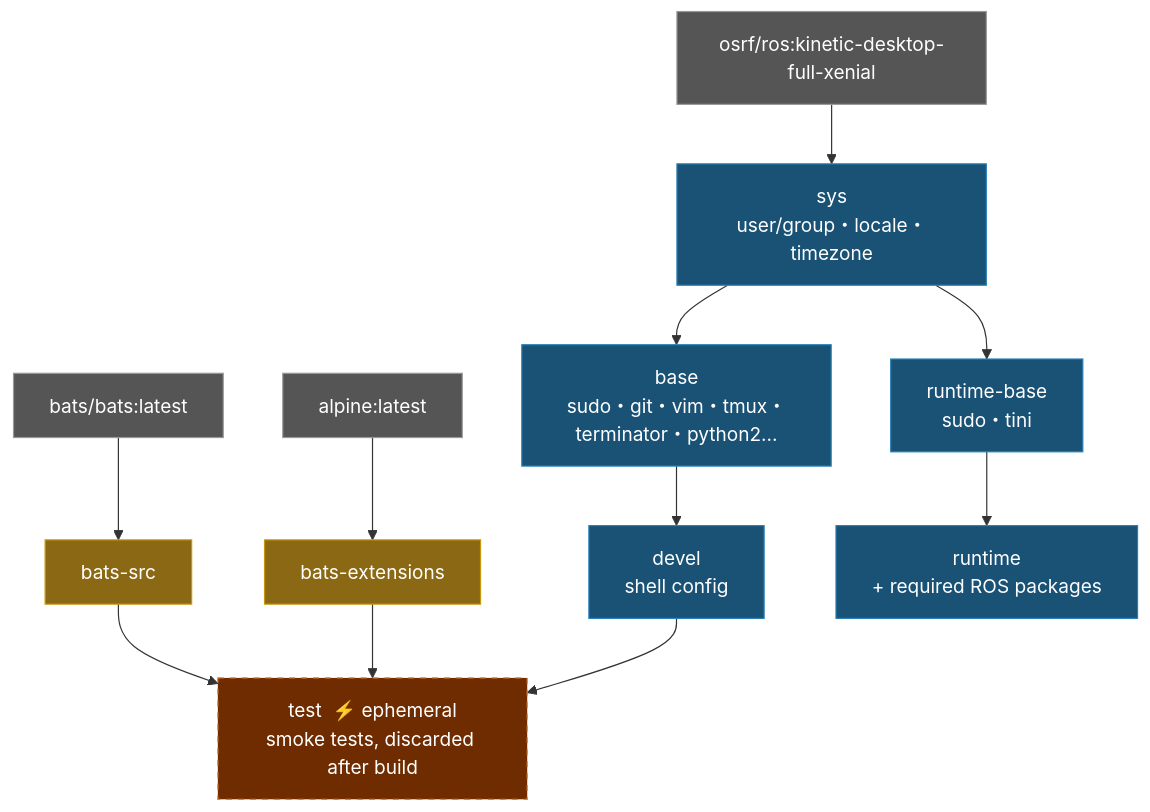
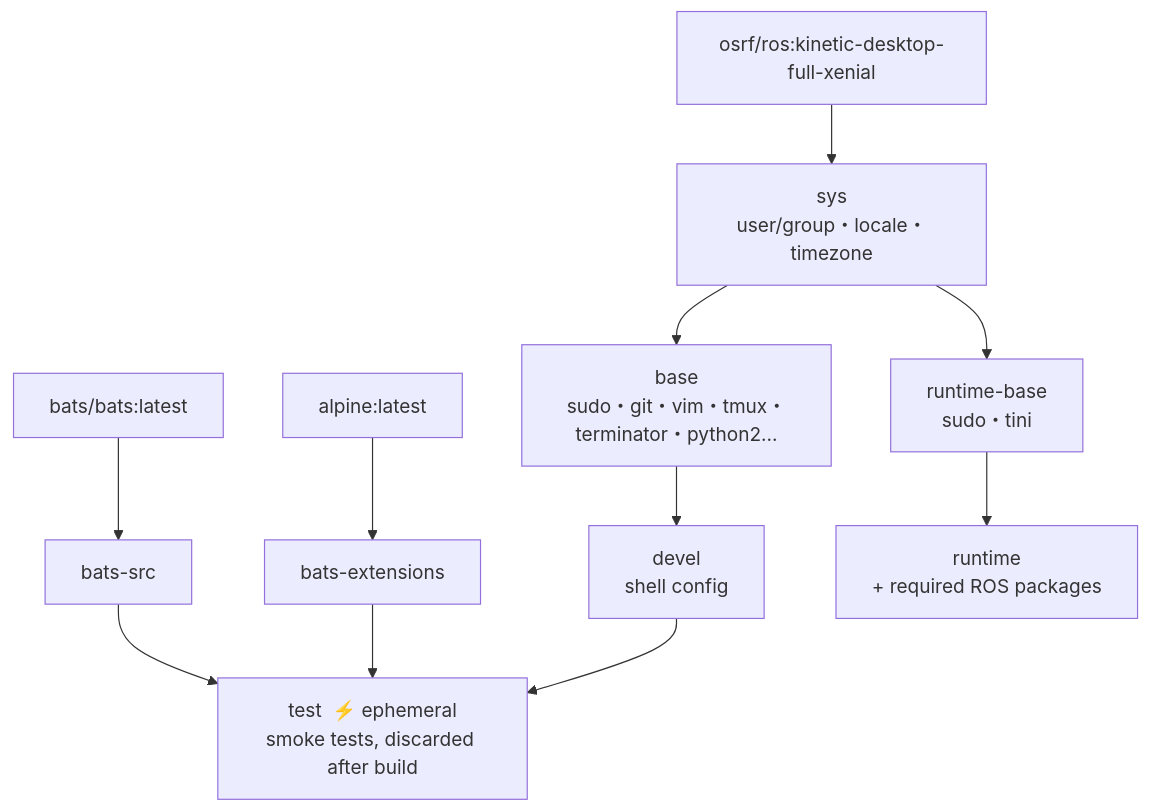
One commit to ycpss91255-docker/osrf_ros_kinetic changed the diagram in README.md. Above: the diagram before and after it, drawn with Mermaid. The commit also changed 3 other files, not shown here.

Commit message:
docs: remove mermaid background colors from architecture diagrams (#25)

````diff
--- a/README.md
+++ b/README.md
@@ -235,26 +235,22 @@
 ```mermaid
 graph TD
-    EXT1["bats/bats:latest"]:::external
-    EXT2["alpine:latest"]:::external
-    EXT3["osrf/ros:kinetic-desktop-full-xenial"]:::external
+    EXT1["bats/bats:latest"]
+    EXT2["alpine:latest"]
+    EXT3["osrf/ros:kinetic-desktop-full-xenial"]
 
-    EXT1 --> bats-src["bats-src"]:::tool
-    EXT2 --> bats-ext["bats-extensions"]:::tool
+    EXT1 --> bats-src["bats-src"]
+    EXT2 --> bats-ext["bats-extensions"]
 
-    EXT3 --> sys["sys\nuser/group・locale・timezone"]:::stage
+    EXT3 --> sys["sys\nuser/group・locale・timezone"]
 
-    sys --> base["base\nsudo・git・vim・tmux・terminator・python2..."]:::stage
-    base --> devel["devel\nshell config"]:::stage
+    sys --> base["base\nsudo・git・vim・tmux・terminator・python2..."]
+    base --> devel["devel\nshell config"]
 
-    bats-src --> test["test  ⚡ ephemeral\nsmoke tests, discarded after build"]:::ephemeral
+    bats-src --> test["test  ⚡ ephemeral\nsmoke tests, discarded after build"]
     bats-ext --> test
     devel --> test
 
-    sys --> runtime-base["runtime-base\nsudo・tini"]:::stage
-    runtime-base --> runtime["runtime\n+ required ROS packages"]:::stage
+    sys --> runtime-base["runtime-base\nsudo・tini"]
+    runtime-base --> runtime["runtime\n+ required ROS packages"]
 
-    classDef external fill:#555,color:#fff,stroke:#999
-    classDef tool fill:#8B6914,color:#fff,stroke:#c8960c
-    classDef stage fill:#1a5276,color:#fff,stroke:#2980b9
-    classDef ephemeral fill:#6e2c00,color:#fff,stroke:#e67e22,stroke-dasharray:5 5
 ```
````
